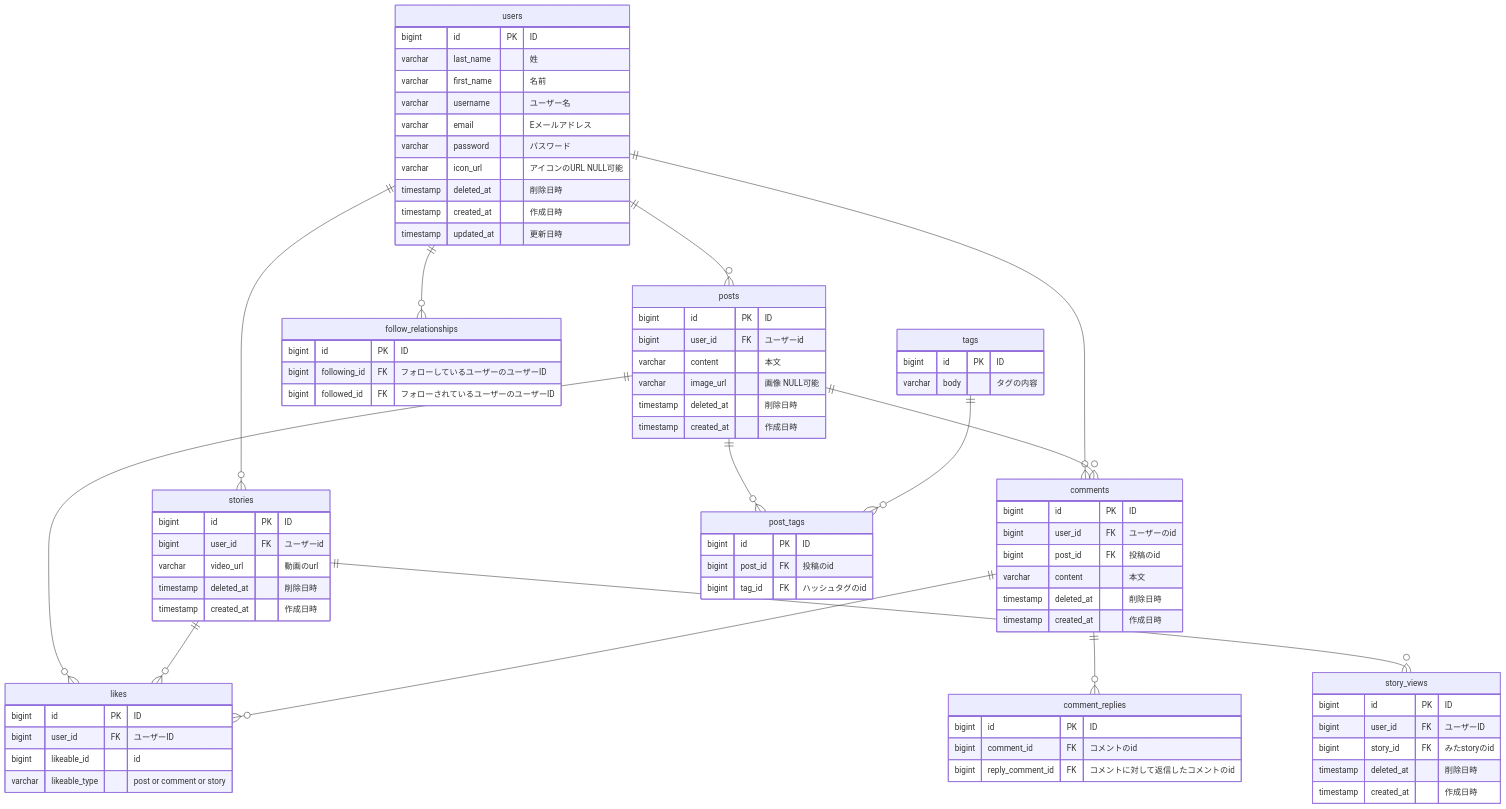
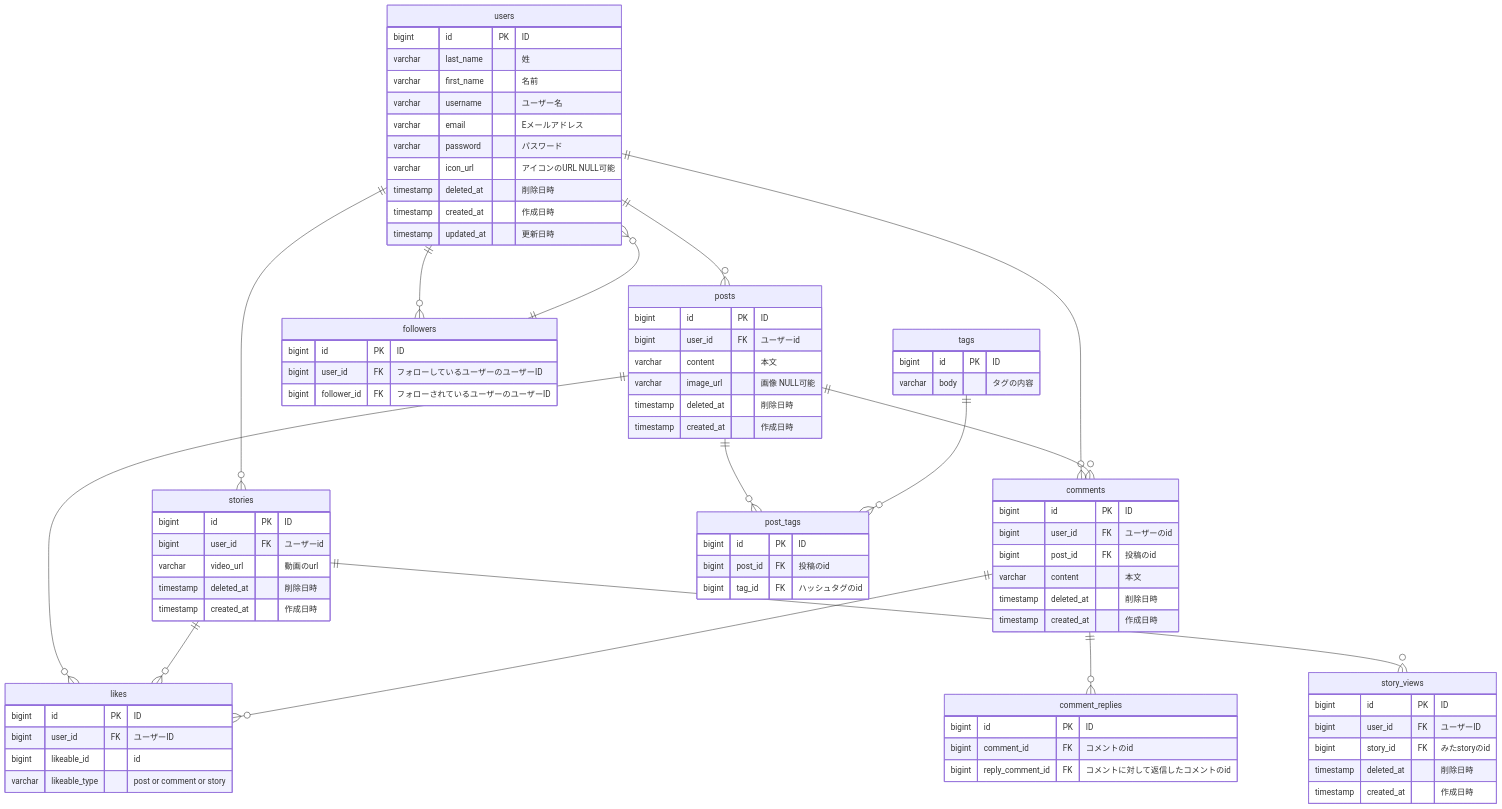
The diagram in kinoshita/pracitce-erd/ER図.md (StoryEdutech/study_repo), drawn with Mermaid before and after one commit.

Commit message:
followers修正

```diff
--- a/kinoshita/pracitce-erd/ER図.md
+++ b/kinoshita/pracitce-erd/ER図.md
@@ -3,7 +3,8 @@
     users ||--o{ posts : ""
     users ||--o{ stories : ""
     users ||--o{ comments : ""
-    users ||--o{ follow_relationships : ""
+    users ||--o{ followers : ""
+    followers ||--o{ users : ""
 
     posts ||--o{ comments : ""
     posts ||--o{ post_tags : ""
@@ -31,10 +32,10 @@
       timestamp updated_at "更新日時"
     }
 
-    follow_relationships {
+    followers {
       bigint id PK "ID"
-      bigint following_id FK "フォローしているユーザーのユーザーID"
-      bigint followed_id FK "フォローされているユーザーのユーザーID"
+      bigint user_id FK "フォローしているユーザーのユーザーID"
+      bigint follower_id FK "フォローされているユーザーのユーザーID"
     }
 
     posts {
```
